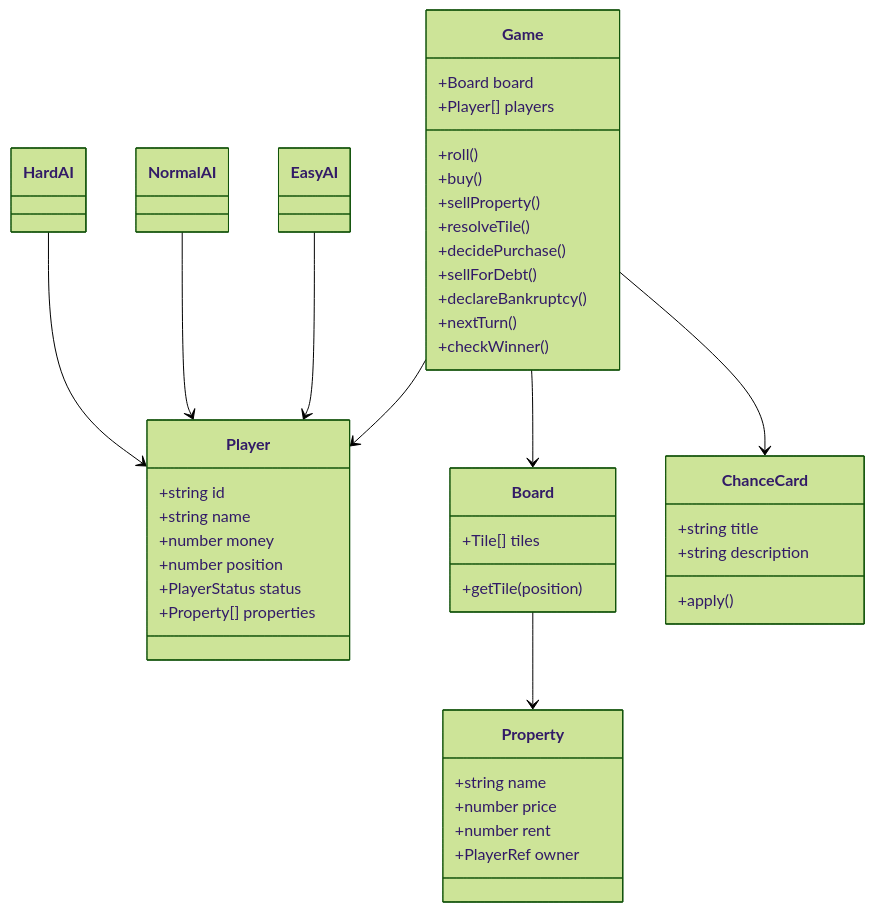
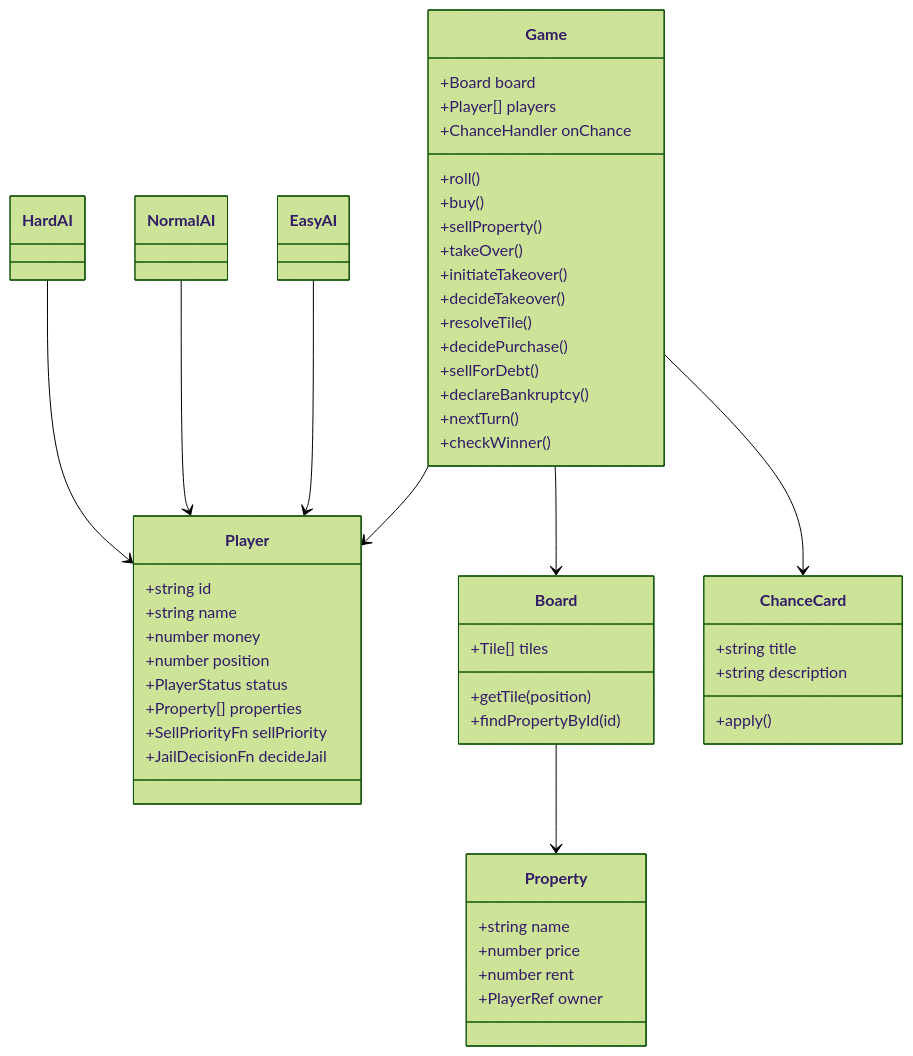
The diagram in README.md (CNPNEWSEESON/MiniMonopoly), drawn with Mermaid (forest theme) before and after one commit. The commit also changed other lines of this file, not shown here.

````diff
--- a/README.md
+++ b/README.md
@@ -76,50 +85,57 @@
 ```mermaid
 classDiagram
     class Game {
       +Board board
       +Player[] players
+      +ChanceHandler onChance
       +roll()
       +buy()
       +sellProperty()
+      +takeOver()
+      +initiateTakeover()
+      +decideTakeover()
       +resolveTile()
       +decidePurchase()
       +sellForDebt()
       +declareBankruptcy()
       +nextTurn()
       +checkWinner()
     }
     class Player {
       +string id
       +string name
       +number money
       +number position
       +PlayerStatus status
       +Property[] properties
+      +SellPriorityFn sellPriority
+      +JailDecisionFn decideJail
     }
     class Board {
       +Tile[] tiles
       +getTile(position)
+      +findPropertyById(id)
     }
     class Property {
       +string name
       +number price
       +number rent
       +PlayerRef owner
     }
     class ChanceCard {
       +string title
       +string description
       +apply()
     }
     class EasyAI
     class NormalAI
     class HardAI
 
     Game --> Board
     Game --> Player
     Board --> Property
     Game --> ChanceCard
     EasyAI --> Player
     NormalAI --> Player
     HardAI --> Player
 ```
````
